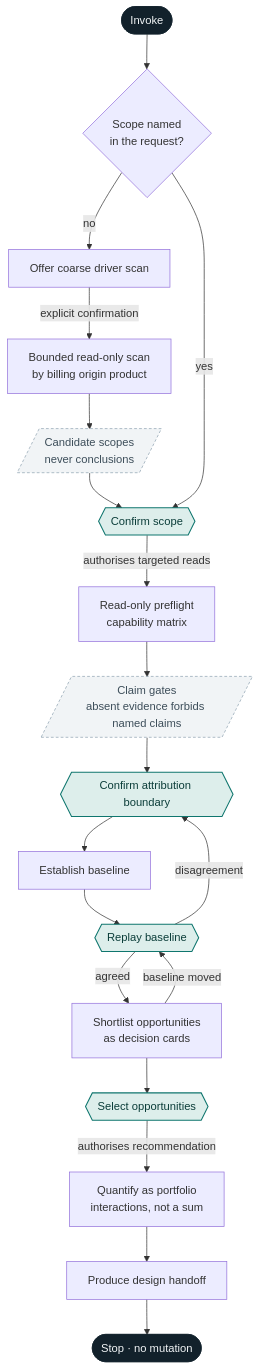
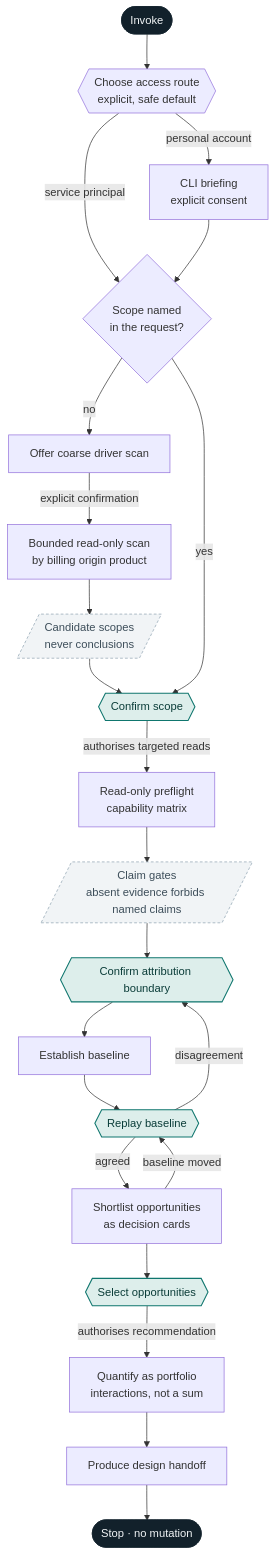
Before and after one commit to CauchyIO/ducat: the first of 2 diagrams in SKILL.md, drawn with Mermaid. The commit also changed other lines of this file and 2 other files, not shown here.

First line of the commit message:
Choose the access route before any evidence is read (#41)

````diff
--- a/SKILL.md
+++ b/SKILL.md
@@ -48,30 +48,33 @@
 ```mermaid
 flowchart TD
-  START([Invoke]) --> Q{Scope named<br/>in the request?}
+  START([Invoke]) --> ROUTE{{Choose access route<br/>explicit, safe default}}
+  ROUTE -->|service principal| Q{Scope named<br/>in the request?}
+  ROUTE -->|personal account| BRIEF[CLI briefing<br/>explicit consent]
+  BRIEF --> Q
 
   Q -->|no| OFFER[Offer coarse driver scan]
   OFFER -->|explicit confirmation| SCAN[Bounded read-only scan<br/>by billing origin product]
   SCAN --> CAND[/Candidate scopes<br/>never conclusions/]
   CAND --> GATE
 
   Q -->|yes| GATE{{Confirm scope}}
   GATE -->|authorises targeted reads| PRE[Read-only preflight<br/>capability matrix]
   PRE --> CLAIM[/Claim gates<br/>absent evidence forbids named claims/]
   CLAIM --> ATTR{{Confirm attribution boundary}}
   ATTR --> BASE[Establish baseline]
   BASE --> REPLAY{{Replay baseline}}
   REPLAY -->|disagreement| ATTR
   REPLAY -->|agreed| SHORT[Shortlist opportunities<br/>as decision cards]
   SHORT -->|baseline moved| REPLAY
   SHORT --> SEL{{Select opportunities}}
   SEL -->|authorises recommendation| PORT[Quantify as portfolio<br/>interactions, not a sum]
   PORT --> HAND[Produce design handoff]
   HAND --> STOP([Stop · no mutation])
 
   classDef gate fill:#DDEEEB,stroke:#0F766E,stroke-width:1.5px,color:#0B3D39;
   classDef term fill:#12212B,stroke:#12212B,color:#F1F4F6;
   classDef note fill:#F1F4F6,stroke:#8FA3B0,stroke-dasharray:4 3,color:#3D4E5A;
   class GATE,ATTR,REPLAY,SEL gate;
   class START,STOP term;
   class CAND,CLAIM note;
 ```
````
